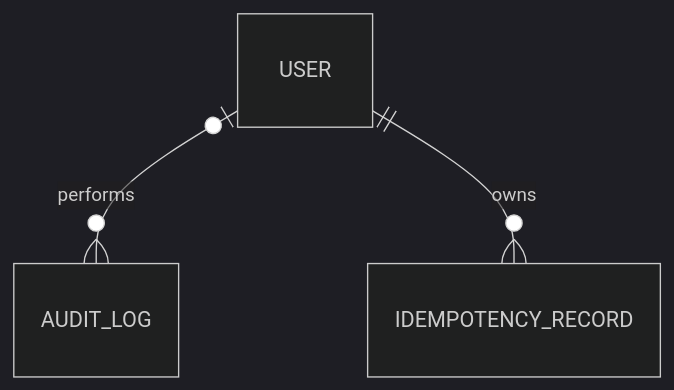
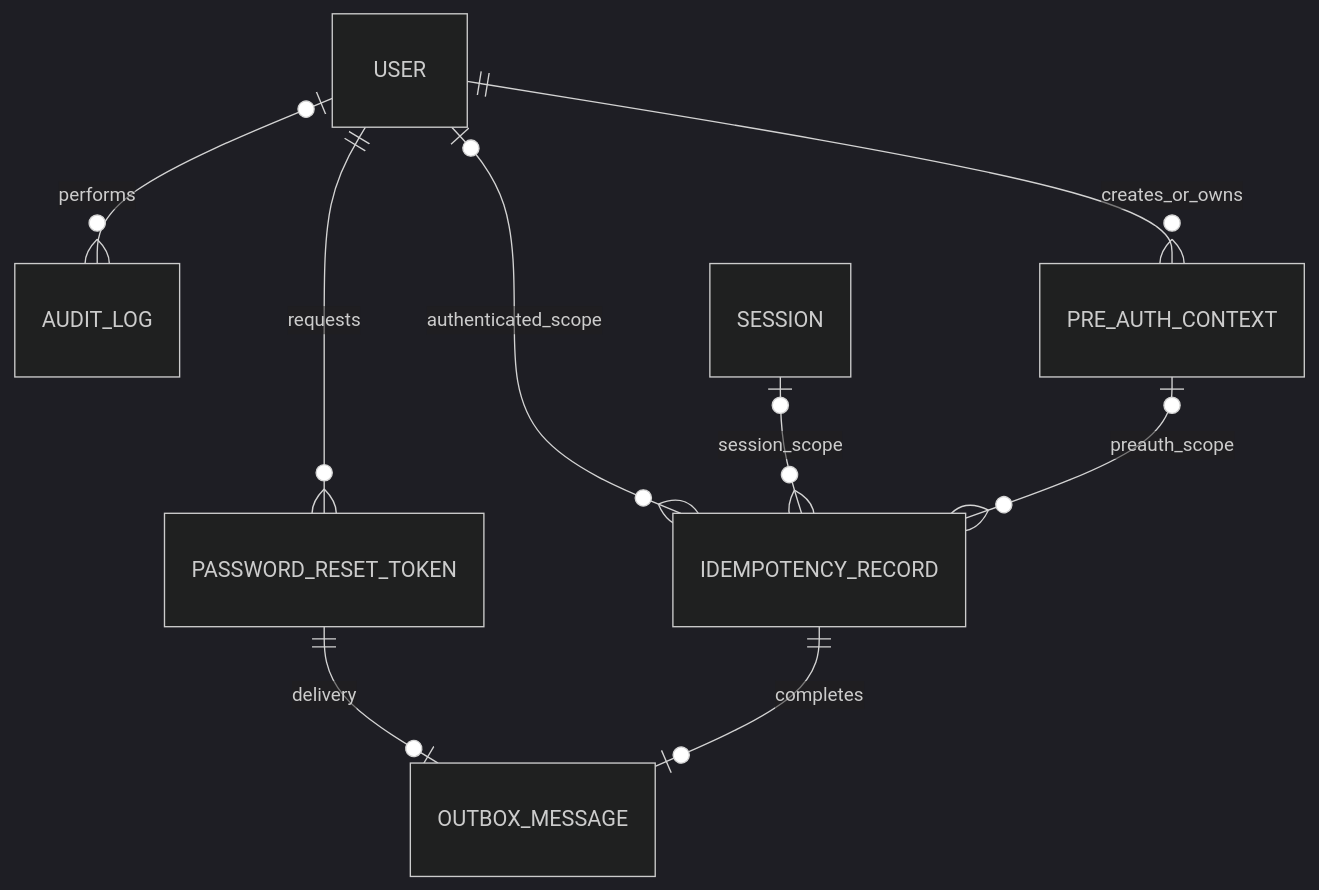
Before and after one commit to olatoyemmanuel/district-youth-management-system: the seventh of 7 diagrams in docs/database/ERD.md, drawn with Mermaid (dark theme). The commit also changed other lines of this file, not shown here.

Commit message:
docs(database): resolve ministry affiliation and authentication persistence structures in ERD

````diff
--- a/docs/database/ERD.md
+++ b/docs/database/ERD.md
@@ -850,5 +864,11 @@
 ```mermaid
 erDiagram
     USER o|--o{ AUDIT_LOG : performs
-    USER ||--o{ IDEMPOTENCY_RECORD : owns
+    USER o|--o{ IDEMPOTENCY_RECORD : authenticated_scope
+    SESSION o|--o{ IDEMPOTENCY_RECORD : session_scope
+    PRE_AUTH_CONTEXT o|--o{ IDEMPOTENCY_RECORD : preauth_scope
+    USER ||--o{ PRE_AUTH_CONTEXT : creates_or_owns
+    USER ||--o{ PASSWORD_RESET_TOKEN : requests
+    PASSWORD_RESET_TOKEN ||--o| OUTBOX_MESSAGE : delivery
+    IDEMPOTENCY_RECORD ||--o| OUTBOX_MESSAGE : completes
 ```
````
